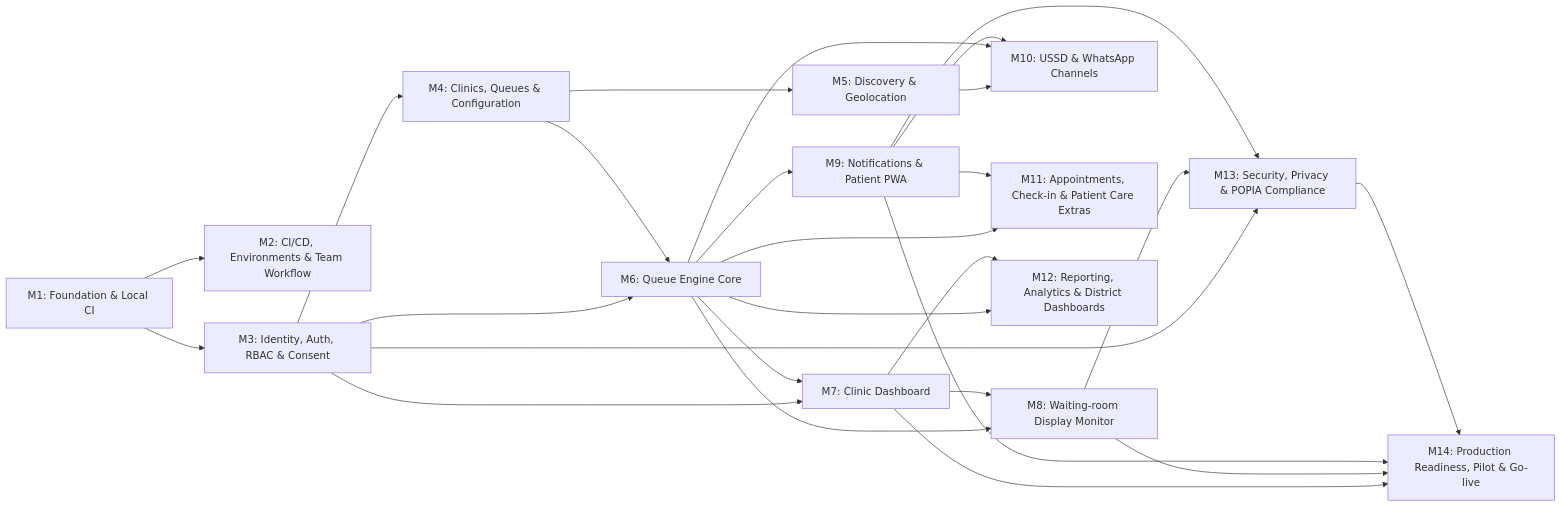
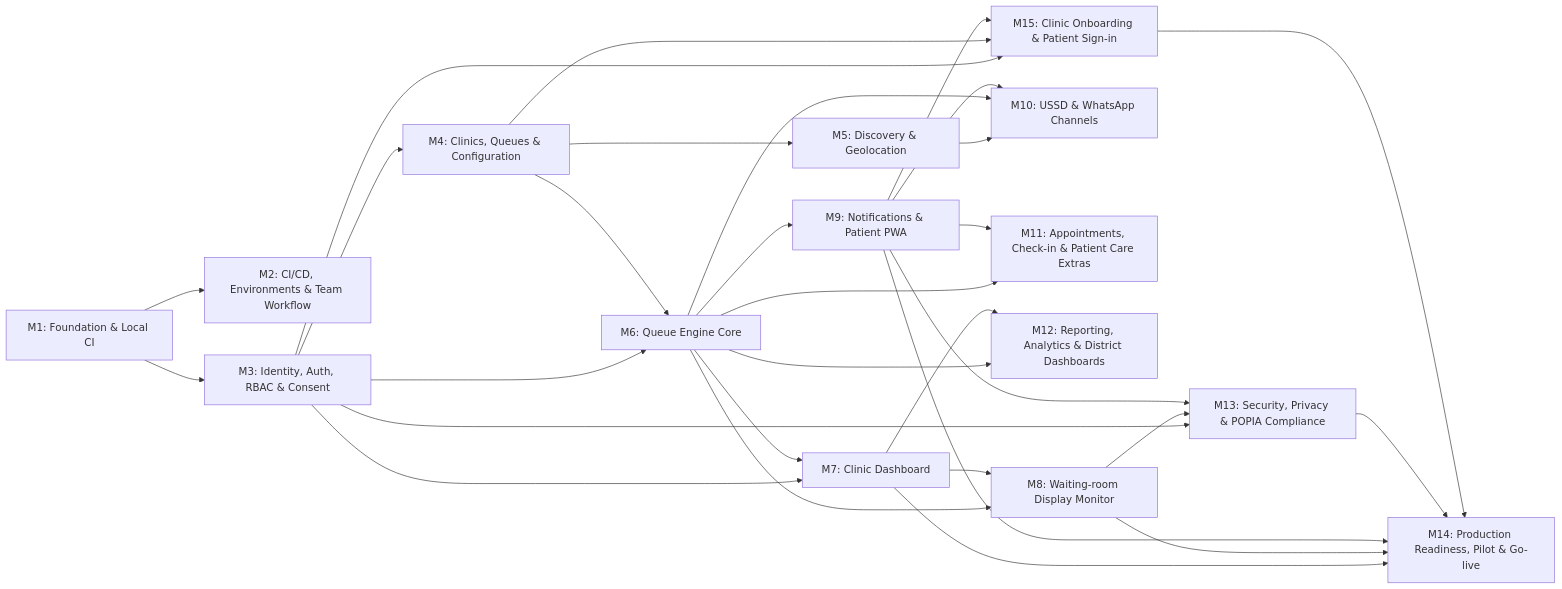
The diagram in docs/GITHUB/MILESTONES/README.md (Billykat7/clinicQ), drawn with Mermaid before and after one commit. The commit also changed other lines of this file and 9 other files, not shown here.

````diff
--- a/docs/GITHUB/MILESTONES/README.md
+++ b/docs/GITHUB/MILESTONES/README.md
@@ -27,42 +27,47 @@
 ```mermaid
 flowchart LR
     M1["M1: Foundation & Local CI"]
     M2["M2: CI/CD, Environments & Team Workflow"]
     M3["M3: Identity, Auth, RBAC & Consent"]
     M4["M4: Clinics, Queues & Configuration"]
     M5["M5: Discovery & Geolocation"]
     M6["M6: Queue Engine Core"]
     M7["M7: Clinic Dashboard"]
     M8["M8: Waiting-room Display Monitor"]
     M9["M9: Notifications & Patient PWA"]
     M10["M10: USSD & WhatsApp Channels"]
     M11["M11: Appointments, Check-in & Patient Care Extras"]
     M12["M12: Reporting, Analytics & District Dashboards"]
     M13["M13: Security, Privacy & POPIA Compliance"]
     M14["M14: Production Readiness, Pilot & Go-live"]
+    M15["M15: Clinic Onboarding & Patient Sign-in"]
     M1 --> M2
     M1 --> M3
     M3 --> M4
     M4 --> M5
     M3 --> M6
     M4 --> M6
     M3 --> M7
     M6 --> M7
     M6 --> M8
     M7 --> M8
     M6 --> M9
     M5 --> M10
     M6 --> M10
     M9 --> M10
     M6 --> M11
     M9 --> M11
     M6 --> M12
     M7 --> M12
     M3 --> M13
     M8 --> M13
     M9 --> M13
     M7 --> M14
     M8 --> M14
     M9 --> M14
     M13 --> M14
+    M3 --> M15
+    M4 --> M15
+    M9 --> M15
+    M15 --> M14
 ```
````
